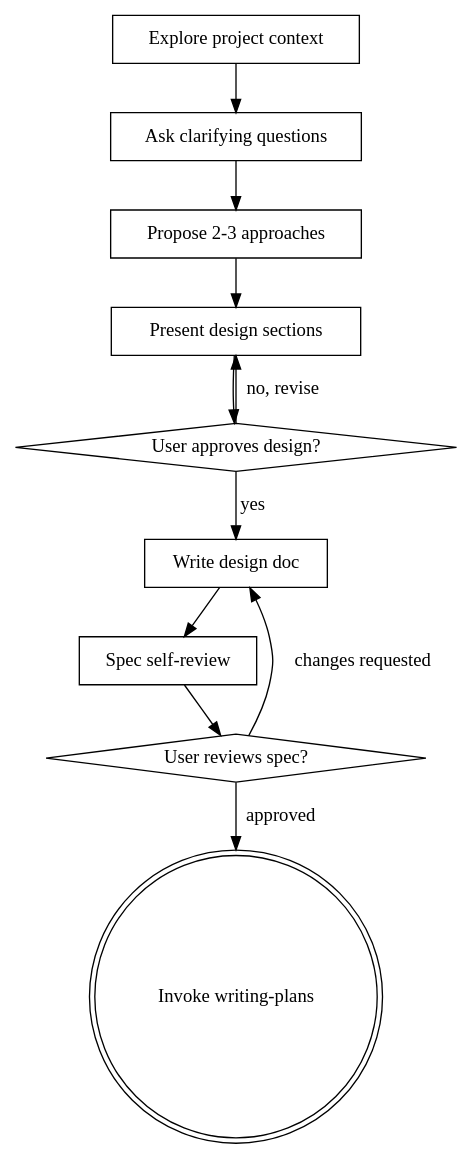
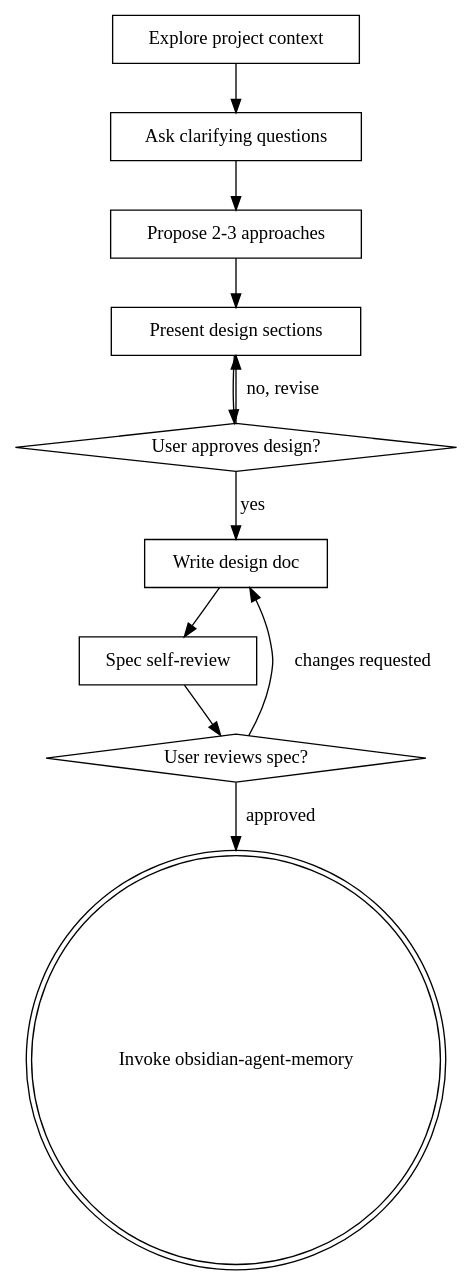
Before and after one commit to jrtashjian/dotfiles: the diagram in config/opencode/agent/brainstorm.md, drawn with Graphviz. The commit also changed other lines of this file and 5 other files, not shown here.

First line of the commit message:
Migrate to obsidian-agent-memory workflow and remove docs agent

````diff
--- a/config/opencode/agent/brainstorm.md
+++ b/config/opencode/agent/brainstorm.md
@@ -53,24 +53,24 @@
 ```dot
 digraph brainstorming {
     "Explore project context" [shape=box];
     "Ask clarifying questions" [shape=box];
     "Propose 2-3 approaches" [shape=box];
     "Present design sections" [shape=box];
     "User approves design?" [shape=diamond];
     "Write design doc" [shape=box];
     "Spec self-review" [shape=box];
     "User reviews spec?" [shape=diamond];
-    "Invoke writing-plans" [shape=doublecircle];
+     "Invoke obsidian-agent-memory" [shape=doublecircle];
 
     "Explore project context" -> "Ask clarifying questions";
     "Ask clarifying questions" -> "Propose 2-3 approaches";
     "Propose 2-3 approaches" -> "Present design sections";
     "Present design sections" -> "User approves design?";
     "User approves design?" -> "Present design sections" [label="no, revise"];
     "User approves design?" -> "Write design doc" [label="yes"];
     "Write design doc" -> "Spec self-review";
     "Spec self-review" -> "User reviews spec?";
     "User reviews spec?" -> "Write design doc" [label="changes requested"];
-    "User reviews spec?" -> "Invoke writing-plans" [label="approved"];
+     "User reviews spec?" -> "Invoke obsidian-agent-memory" [label="approved"];
 }
 ```
````
